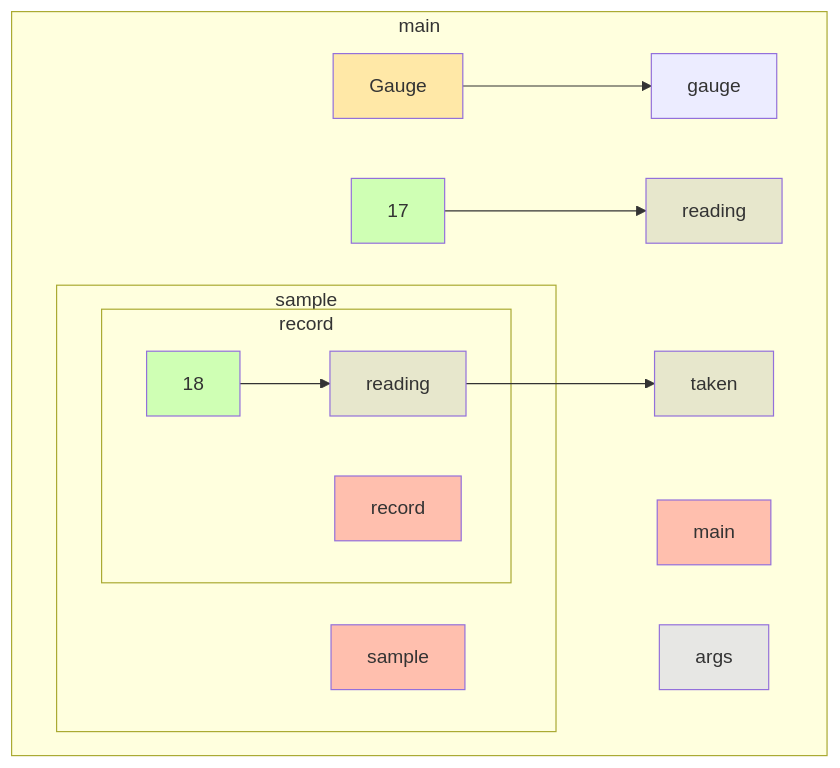
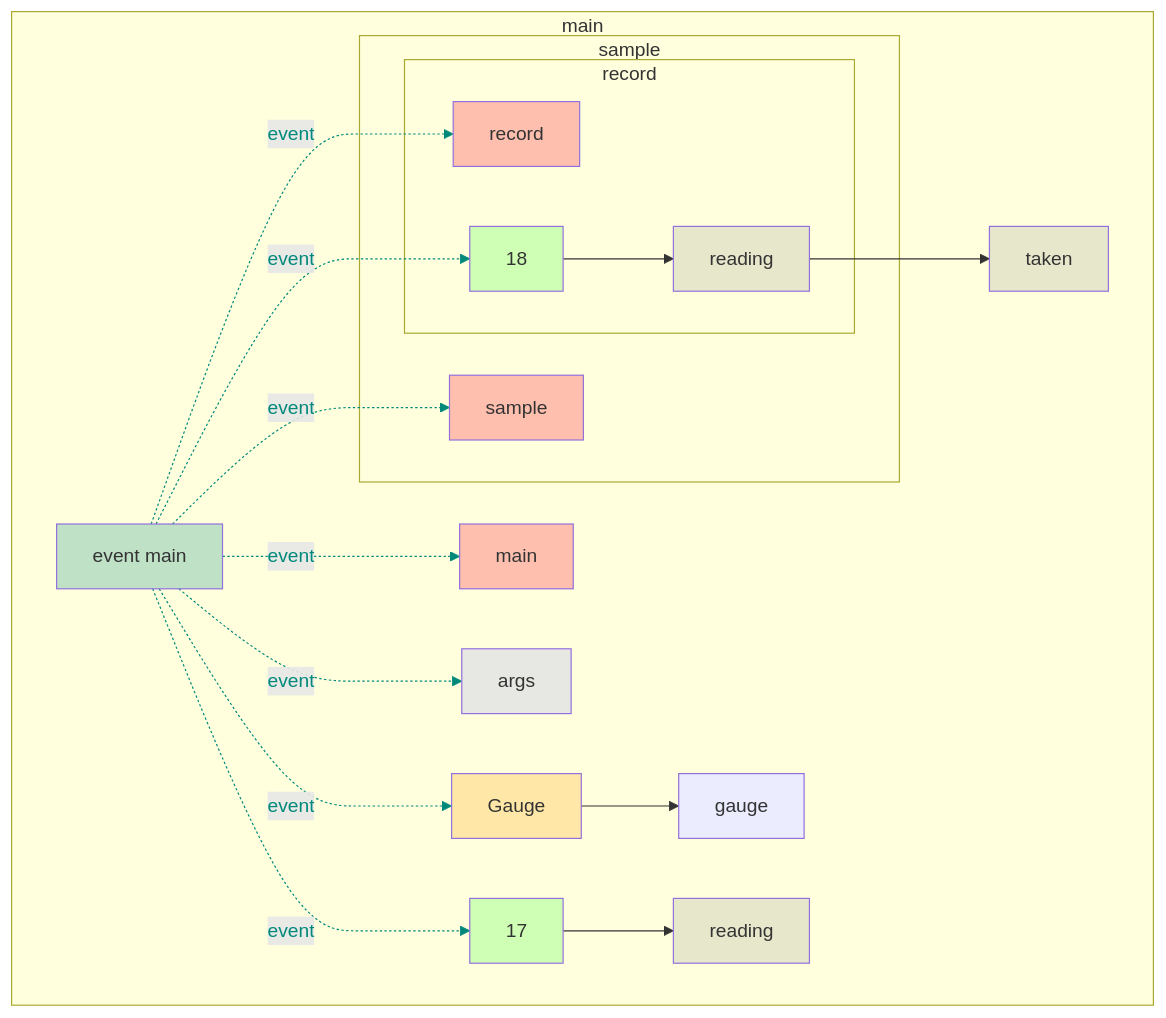
The diagram in app/src/test/resources/deepField/snapshot.md (gstiebler/codeflow), drawn with Mermaid before and after one commit. The commit also changed 77 other files, not shown here.

````diff
--- a/app/src/test/resources/deepField/snapshot.md
+++ b/app/src/test/resources/deepField/snapshot.md
@@ -1,31 +1,47 @@
 ```mermaid
 flowchart TD
   subgraph b0["main"]
-    n1[main]:::RETURN
-    n2[args]:::FUNC_PARAM
-    n3[Gauge]:::EXTERNAL
-    n4[gauge]:::OBJ_VARIABLE
-    n5[17]:::LITERAL
-    n6[reading]:::VARIABLE
-    n13[taken]:::VARIABLE
-    n3[Gauge]:::EXTERNAL --> n4[gauge]:::OBJ_VARIABLE
-    n5[17]:::LITERAL --> n6[reading]:::VARIABLE
-    n12[reading]:::VARIABLE --> n13[taken]:::VARIABLE
-    subgraph b7["sample"]
-      n8[sample]:::RETURN
-      subgraph b9["record"]
-        n10[record]:::RETURN
-        n11[18]:::LITERAL
-        n12[reading]:::VARIABLE
-        n11[18]:::LITERAL --> n12[reading]:::VARIABLE
+    n1[event main]:::EVENT
+    n2[main]:::RETURN
+    n3[args]:::FUNC_PARAM
+    n4[Gauge]:::EXTERNAL
+    n5[gauge]:::OBJ_VARIABLE
+    n6[17]:::LITERAL
+    n7[reading]:::VARIABLE
+    n14[taken]:::VARIABLE
+    n1[event main]:::EVENT -. event .-> n2[main]:::RETURN
+    n1[event main]:::EVENT -. event .-> n3[args]:::FUNC_PARAM
+    n1[event main]:::EVENT -. event .-> n4[Gauge]:::EXTERNAL
+    n1[event main]:::EVENT -. event .-> n6[17]:::LITERAL
+    n1[event main]:::EVENT -. event .-> n9[sample]:::RETURN
+    n1[event main]:::EVENT -. event .-> n11[record]:::RETURN
+    n1[event main]:::EVENT -. event .-> n12[18]:::LITERAL
+    n4[Gauge]:::EXTERNAL --> n5[gauge]:::OBJ_VARIABLE
+    n6[17]:::LITERAL --> n7[reading]:::VARIABLE
+    n13[reading]:::VARIABLE --> n14[taken]:::VARIABLE
+    subgraph b8["sample"]
+      n9[sample]:::RETURN
+      subgraph b10["record"]
+        n11[record]:::RETURN
+        n12[18]:::LITERAL
+        n13[reading]:::VARIABLE
+        n12[18]:::LITERAL --> n13[reading]:::VARIABLE
       end
     end
   end
+  linkStyle 0 stroke:#00897b,color:#00897b
+  linkStyle 1 stroke:#00897b,color:#00897b
+  linkStyle 2 stroke:#00897b,color:#00897b
+  linkStyle 3 stroke:#00897b,color:#00897b
+  linkStyle 4 stroke:#00897b,color:#00897b
+  linkStyle 5 stroke:#00897b,color:#00897b
+  linkStyle 6 stroke:#00897b,color:#00897b
   classDef LITERAL fill:#00FF0030
   classDef VARIABLE fill:#80808030
   classDef BIN_OP fill:#80808080
   classDef FUNC_PARAM fill:#8080FF30
   classDef RETURN fill:#FF808080
   classDef EXTERNAL fill:#FFA50040
   classDef UNMODELLED fill:#FF000030,stroke-dasharray: 4 2
+  classDef EVENT fill:#00897B40
 ```
````
